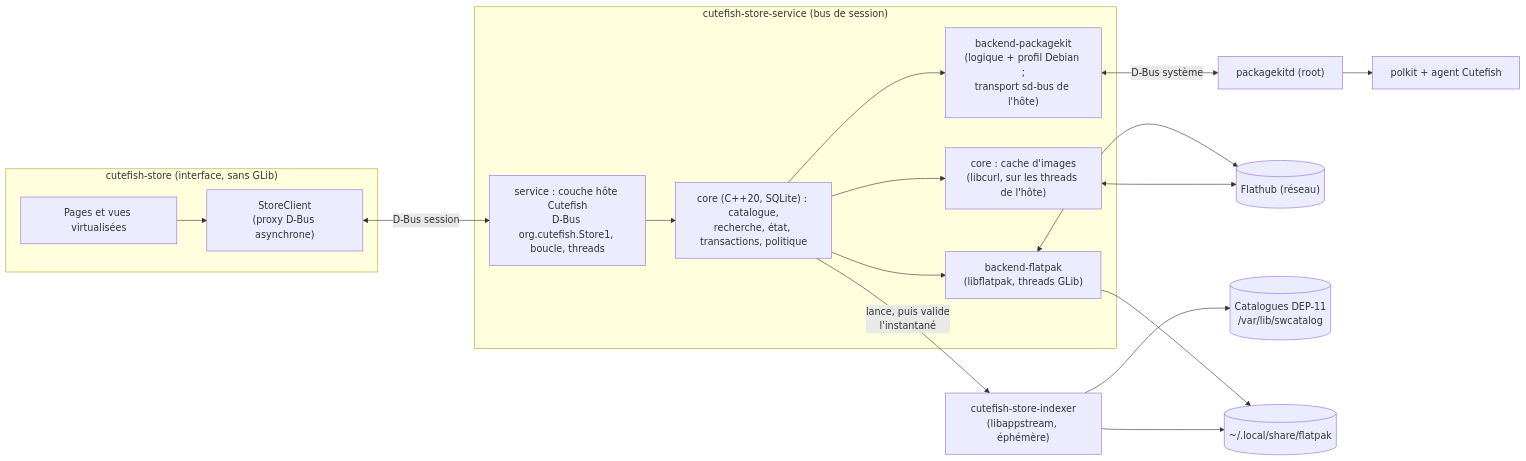
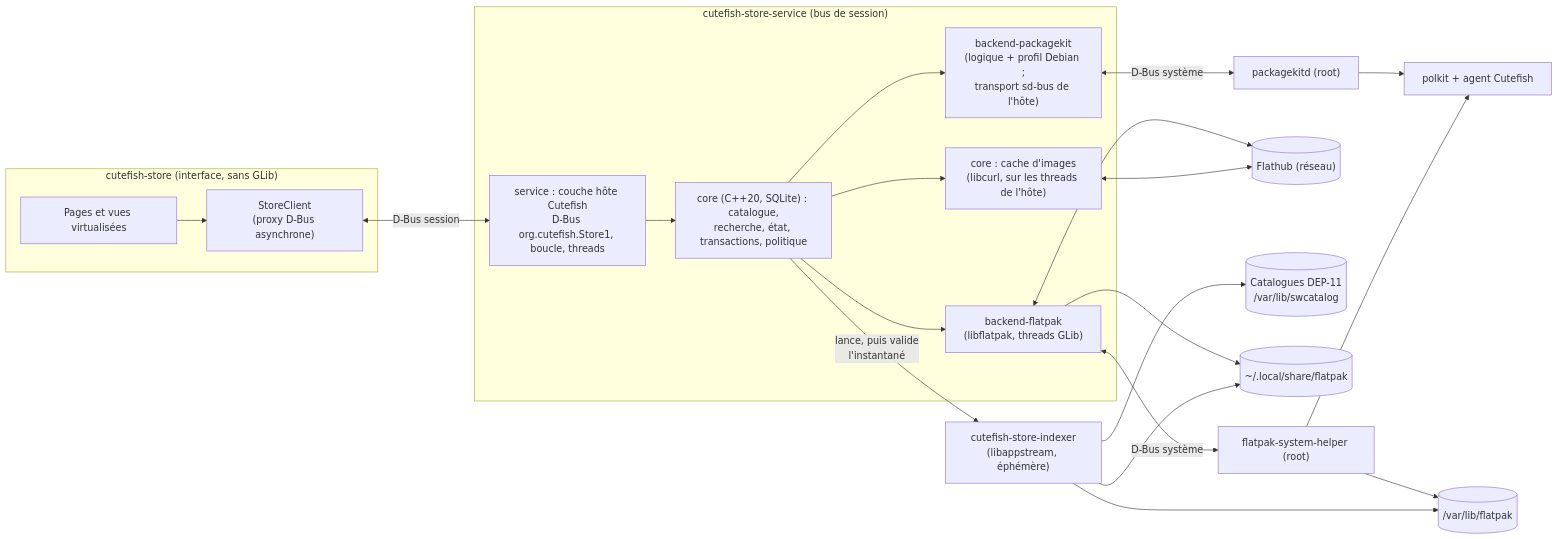
The first of 5 diagrams in docs/ARCHITECTURE.md (SachaGrdc/cutefish-store), drawn with Mermaid before and after one commit. The commit also changed other lines of this file and 1 other file, not shown here.

First line of the commit message:
docs: manage system-wide Flatpak installations in v1 (D-011)

````diff
--- a/docs/ARCHITECTURE.md
+++ b/docs/ARCHITECTURE.md
@@ -190,39 +195,45 @@
 ```mermaid
 flowchart LR
     subgraph UI["cutefish-store (interface, sans GLib)"]
         Pages["Pages et vues virtualisées"]
         Client["StoreClient<br/>(proxy D-Bus asynchrone)"]
         Pages --> Client
     end
 
     subgraph SVC["cutefish-store-service (bus de session)"]
         Api["service : couche hôte Cutefish<br/>D-Bus org.cutefish.Store1, boucle, threads"]
         Core["core (C++20, SQLite) : catalogue,<br/>recherche, état, transactions, politique"]
         Img["core : cache d'images<br/>(libcurl, sur les threads de l'hôte)"]
         Apt["backend-packagekit<br/>(logique + profil Debian ;<br/>transport sd-bus de l'hôte)"]
         Fp["backend-flatpak<br/>(libflatpak, threads GLib)"]
         Api --> Core
         Core --> Img
         Core --> Apt
         Core --> Fp
     end
 
     IDX["cutefish-store-indexer<br/>(libappstream, éphémère)"]
 
     Client <-- "D-Bus session" --> Api
     Core -- "lance, puis valide<br/>l'instantané" --> IDX
 
     PK["packagekitd (root)"]
     POL["polkit + agent Cutefish"]
     FH[("Flathub (réseau)")]
     DEB[("Catalogues DEP-11<br/>/var/lib/swcatalog")]
     FPS[("~/.local/share/flatpak")]
+    FSH["flatpak-system-helper (root)"]
+    FPSYS[("/var/lib/flatpak")]
 
     Apt <-- "D-Bus système" --> PK
     PK --> POL
     Fp --> FPS
+    Fp <-- "D-Bus système" --> FSH
+    FSH --> POL
+    FSH --> FPSYS
+    IDX --> FPSYS
     Fp <--> FH
     IDX --> DEB
     IDX --> FPS
     Img <--> FH
 ```
````
